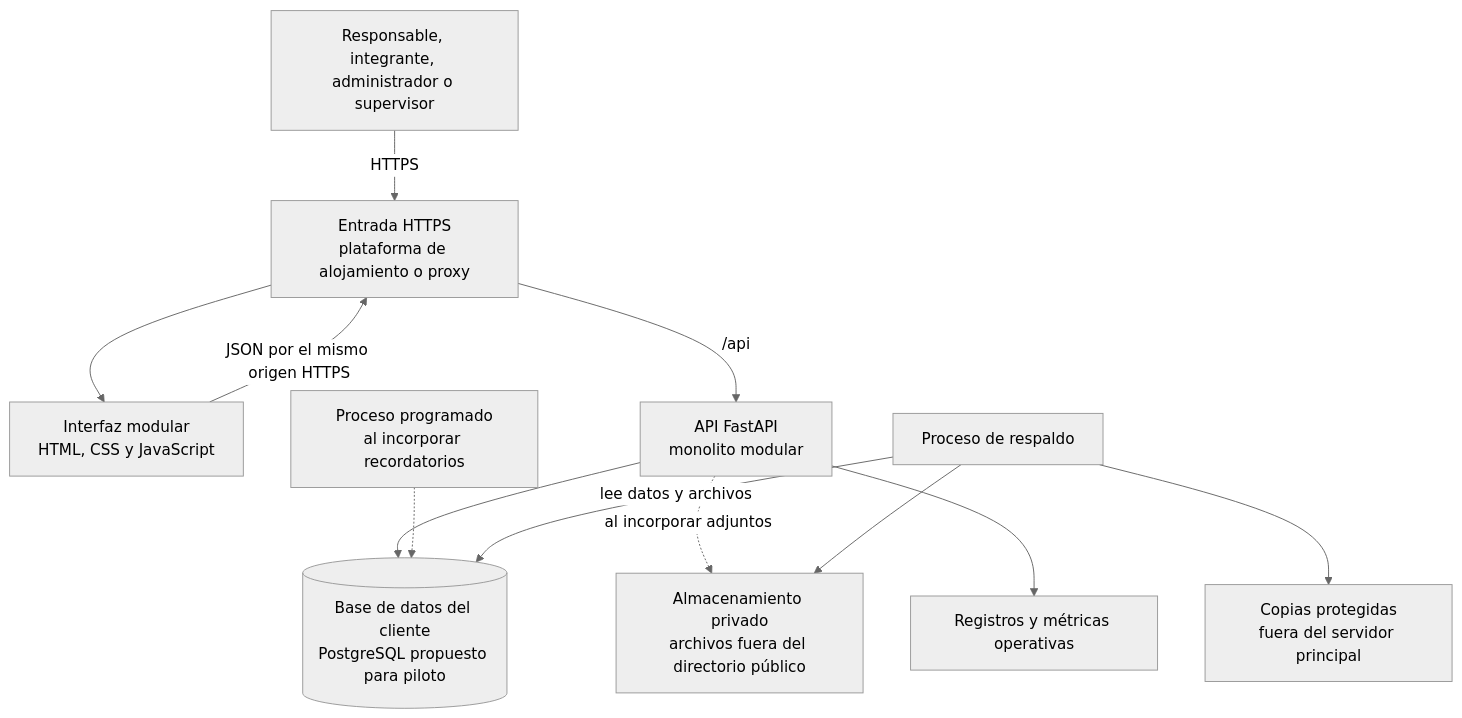
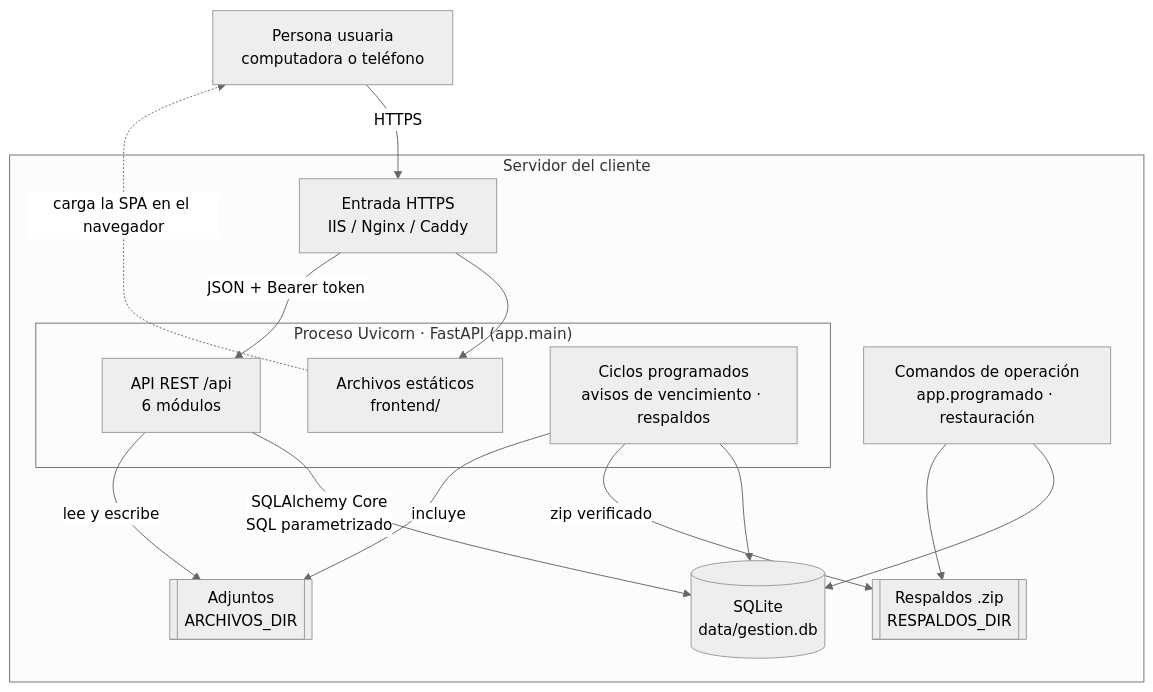
Before and after one commit to FabianReyna17/ProjectManagement: the second of 7 diagrams in docs/Arquitectura_Gestion_Proyectos.md, drawn with Mermaid (neutral theme). The commit also changed other lines of this file and 14 other files, not shown here.

````diff
--- a/docs/Arquitectura_Gestion_Proyectos.md
+++ b/docs/Arquitectura_Gestion_Proyectos.md
@@ -95,15 +45,27 @@
 ```mermaid
 flowchart TB
-    persona["Responsable, integrante, administrador o supervisor"]
-    persona -->|"HTTPS"| entrada["Entrada HTTPS<br/>plataforma de alojamiento o proxy"]
-    entrada --> web["Interfaz modular<br/>HTML, CSS y JavaScript"]
-    entrada -->|"/api"| api["API FastAPI<br/>monolito modular"]
-    web -->|"JSON por el mismo origen HTTPS"| entrada
-    api --> datos[("Base de datos del cliente<br/>PostgreSQL propuesto para piloto")]
-    api -.->|"al incorporar adjuntos"| archivos["Almacenamiento privado<br/>archivos fuera del directorio público"]
-    proceso["Proceso programado<br/>al incorporar recordatorios"] -.-> datos
-    respaldo["Proceso de respaldo"] -->|"lee datos y archivos"| datos
-    respaldo --> archivos
-    respaldo --> copias["Copias protegidas<br/>fuera del servidor principal"]
-    api --> logs["Registros y métricas operativas"]
+    persona["Persona usuaria<br/>computadora o teléfono"]
+    subgraph servidor["Servidor del cliente"]
+        proxy["Entrada HTTPS<br/>IIS / Nginx / Caddy"]
+        subgraph proceso["Proceso Uvicorn · FastAPI (app.main)"]
+            estaticos["Archivos estáticos<br/>frontend/"]
+            api["API REST /api<br/>6 módulos"]
+            ciclos["Ciclos programados<br/>avisos de vencimiento · respaldos"]
+        end
+        bd[("SQLite<br/>data/gestion.db")]
+        adjuntos[["Adjuntos<br/>ARCHIVOS_DIR"]]
+        respaldos[["Respaldos .zip<br/>RESPALDOS_DIR"]]
+        cli["Comandos de operación<br/>app.programado · restauración"]
+    end
+    persona -->|"HTTPS"| proxy
+    proxy --> estaticos
+    proxy -->|"JSON + Bearer token"| api
+    estaticos -.->|"carga la SPA en el navegador"| persona
+    api -->|"SQLAlchemy Core<br/>SQL parametrizado"| bd
+    api -->|"lee y escribe"| adjuntos
+    ciclos --> bd
+    ciclos -->|"zip verificado"| respaldos
+    ciclos -->|"incluye"| adjuntos
+    cli --> bd
+    cli --> respaldos
 ```
````
